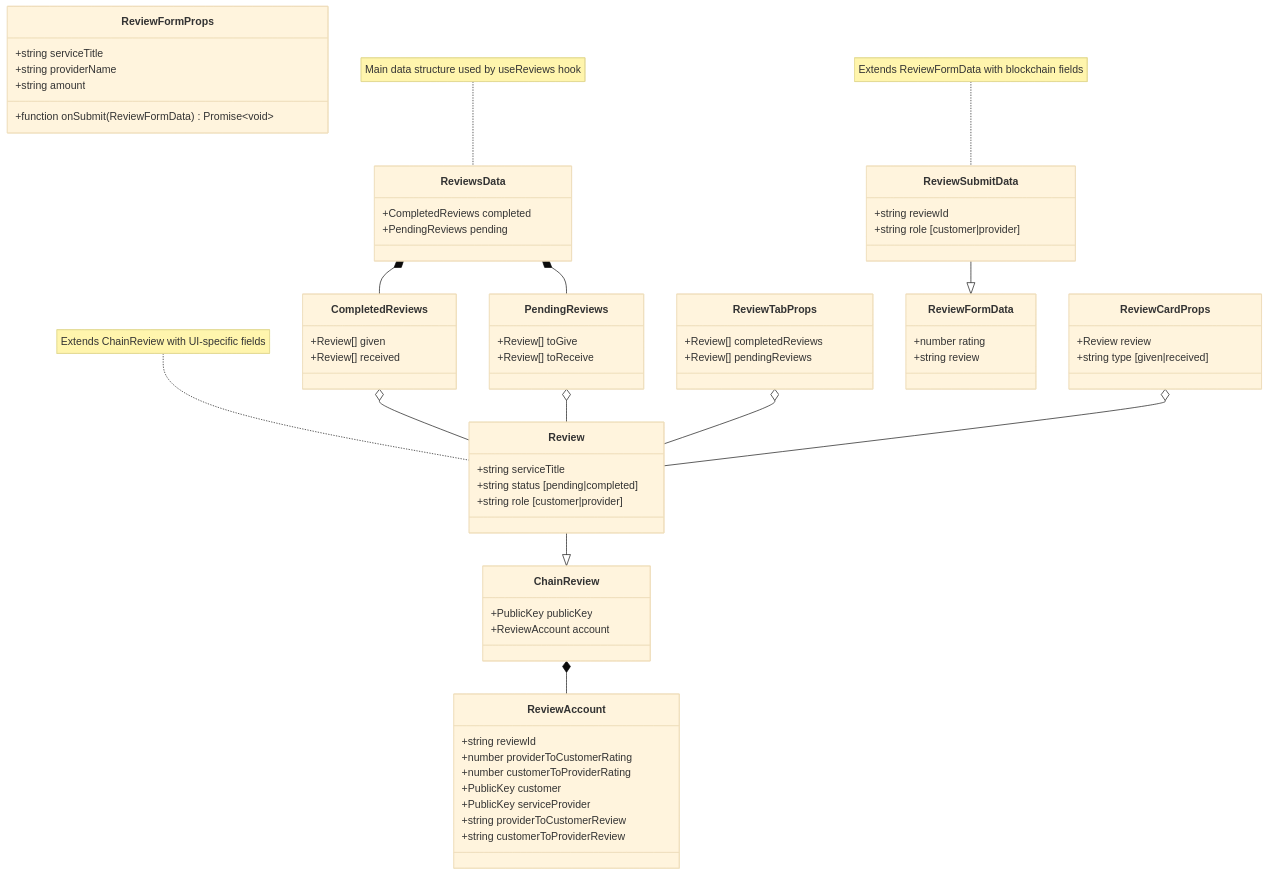
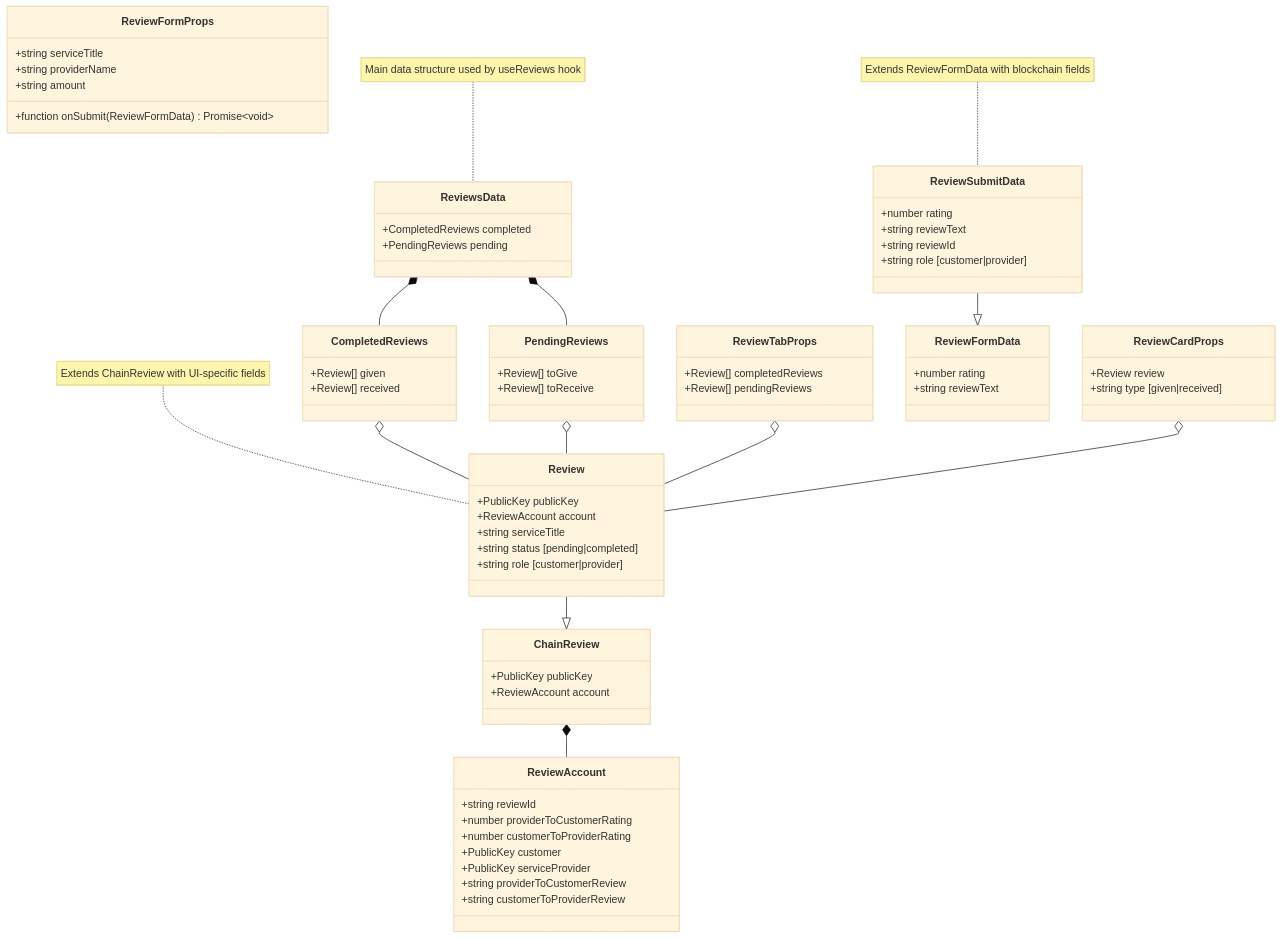
One commit to Gigentic/gigentic-frontend changed the diagram in web/components/review/review-interfaces-v2.md. Above: the diagram before and after it, drawn with Mermaid (base theme). The commit also changed 3 other files, not shown here.

Commit message:
use reviewText naming instead of review

```diff
--- a/web/components/review/review-interfaces-v2.md
+++ b/web/components/review/review-interfaces-v2.md
@@ -16,6 +16,8 @@
     }
 
     class Review {
+        +PublicKey publicKey
+        +ReviewAccount account
         +string serviceTitle
         +string status [pending|completed]
         +string role [customer|provider]
@@ -48,7 +50,7 @@
 
     class ReviewFormData {
         +number rating
-        +string review
+        +string reviewText
     }
 
     class ReviewFormProps {
@@ -59,6 +61,8 @@
     }
 
     class ReviewSubmitData {
+        +number rating
+        +string reviewText
         +string reviewId
         +string role [customer|provider]
     }
```
